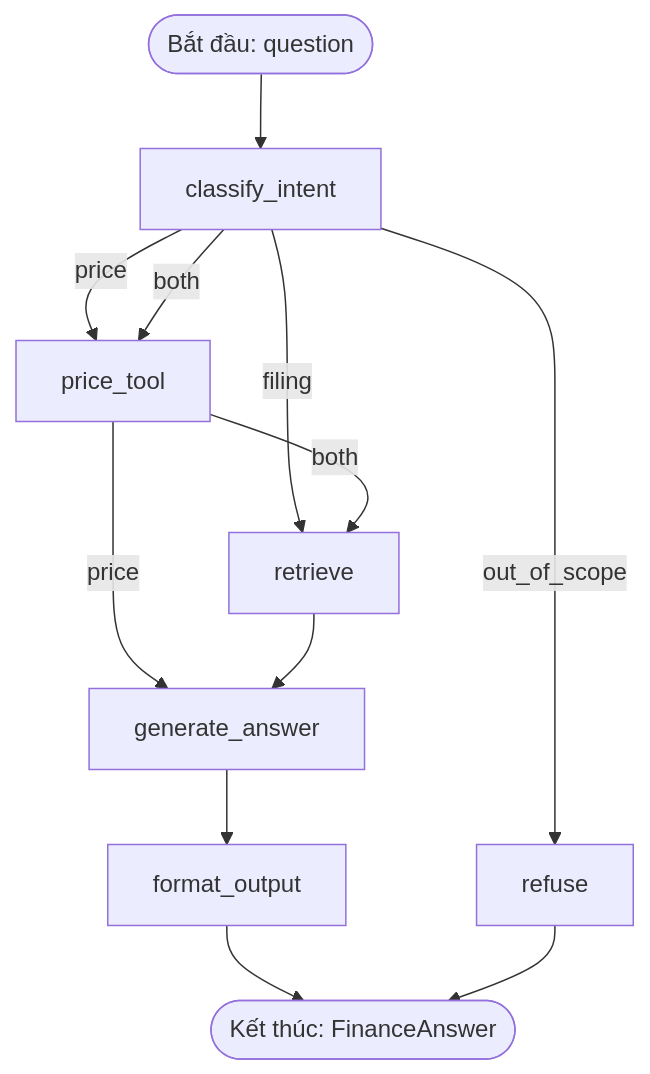
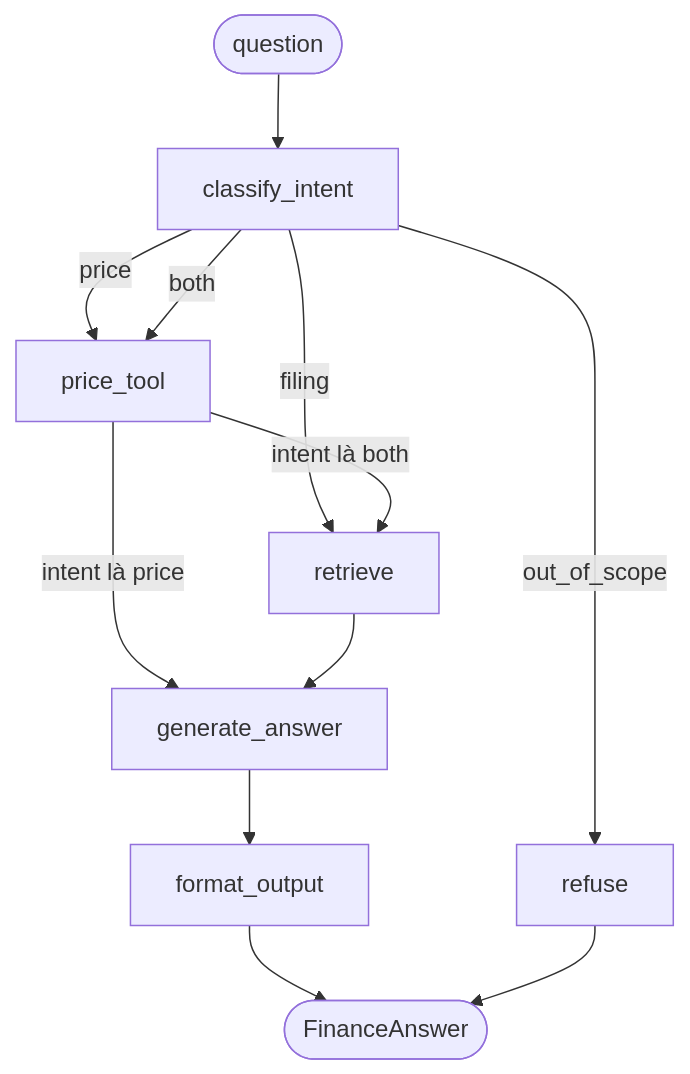
The third of 8 diagrams in docs/ARCHITECTURE.md (thanhpt-25/LangChain), drawn with Mermaid before and after one commit. The commit also changed other lines of this file, not shown here.

Commit message:
docs: rewrite ARCHITECTURE with clearer component, control-flow and data-flow diagrams

````diff
--- a/docs/ARCHITECTURE.md
+++ b/docs/ARCHITECTURE.md
@@ -134,15 +115,16 @@
 ```mermaid
 flowchart TD
-    Start([Bắt đầu: question]) --> Classify[classify_intent]
-    Classify -->|price| Price[price_tool]
-    Classify -->|filing| Retrieve[retrieve]
-    Classify -->|both| Price
-    Classify -->|out_of_scope| Refuse[refuse]
+    Start(["question"]) --> Classify["classify_intent"]
+    Classify -->|"price"| Price["price_tool"]
+    Classify -->|"both"| Price
+    Classify -->|"filing"| Retrieve["retrieve"]
+    Classify -->|"out_of_scope"| Refuse["refuse"]
 
-    Price -->|price| Generate[generate_answer]
-    Price -->|both| Retrieve
+    Price -->|"intent là both"| Retrieve
+    Price -->|"intent là price"| Generate["generate_answer"]
     Retrieve --> Generate
-    Generate --> Format[format_output]
-    Format --> End([Kết thúc: FinanceAnswer])
+    Generate --> Format["format_output"]
+
+    Format --> End(["FinanceAnswer"])
     Refuse --> End
 ```
````
